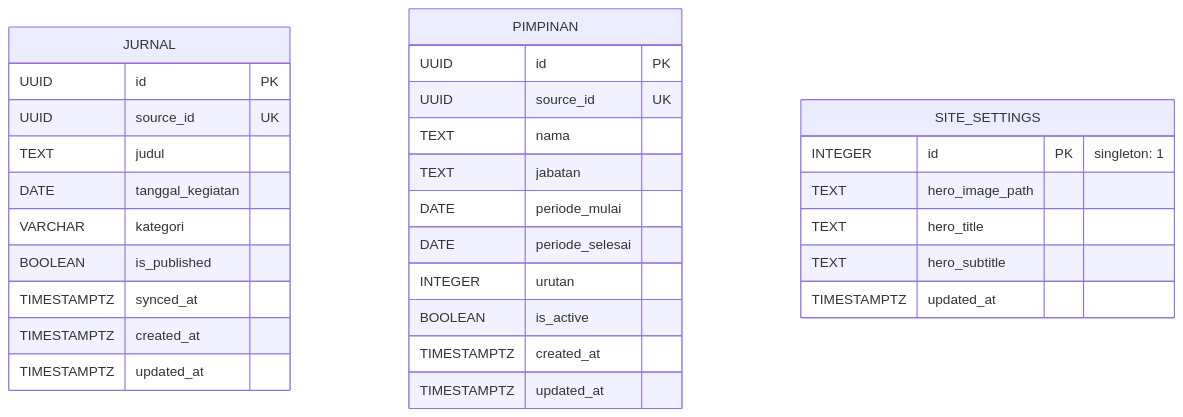
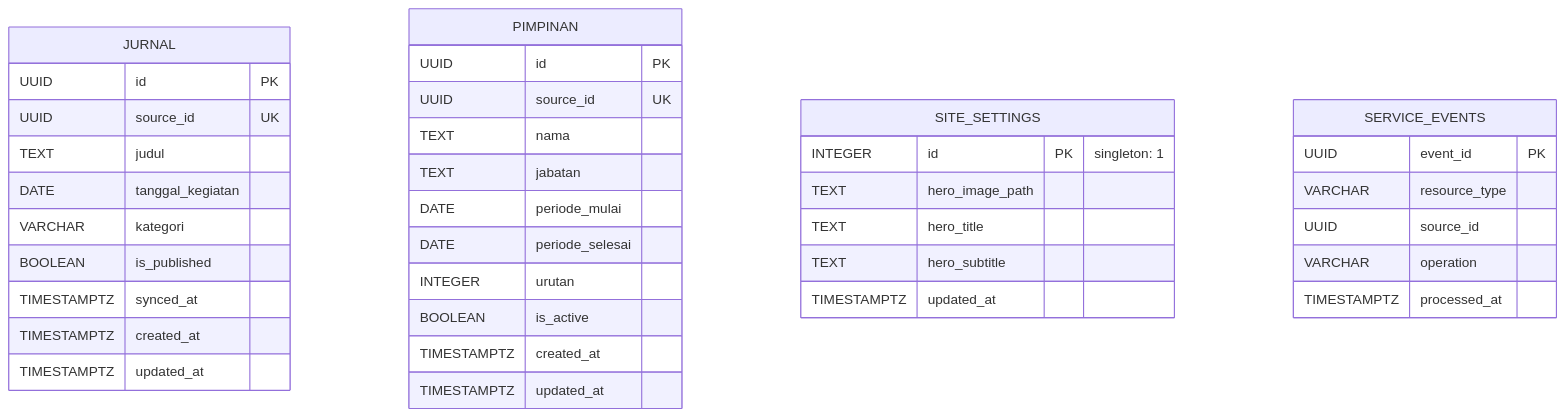
One commit to MohammadNasrullohh/etalase changed the diagram in docs/architecture/ERD.md. Above: the diagram before and after it, drawn with Mermaid. The commit also changed other lines of this file and 27 other files, not shown here.

````diff
--- a/docs/architecture/ERD.md
+++ b/docs/architecture/ERD.md
@@ -5,35 +5,43 @@
 ```mermaid
 erDiagram
     JURNAL {
         UUID id PK
         UUID source_id UK
         TEXT judul
         DATE tanggal_kegiatan
         VARCHAR kategori
         BOOLEAN is_published
         TIMESTAMPTZ synced_at
         TIMESTAMPTZ created_at
         TIMESTAMPTZ updated_at
     }
 
     PIMPINAN {
         UUID id PK
         UUID source_id UK
         TEXT nama
         TEXT jabatan
         DATE periode_mulai
         DATE periode_selesai
         INTEGER urutan
         BOOLEAN is_active
         TIMESTAMPTZ created_at
         TIMESTAMPTZ updated_at
     }
 
     SITE_SETTINGS {
         INTEGER id PK "singleton: 1"
         TEXT hero_image_path
         TEXT hero_title
         TEXT hero_subtitle
         TIMESTAMPTZ updated_at
     }
+
+    SERVICE_EVENTS {
+        UUID event_id PK
+        VARCHAR resource_type
+        UUID source_id
+        VARCHAR operation
+        TIMESTAMPTZ processed_at
+    }
 ```
````
